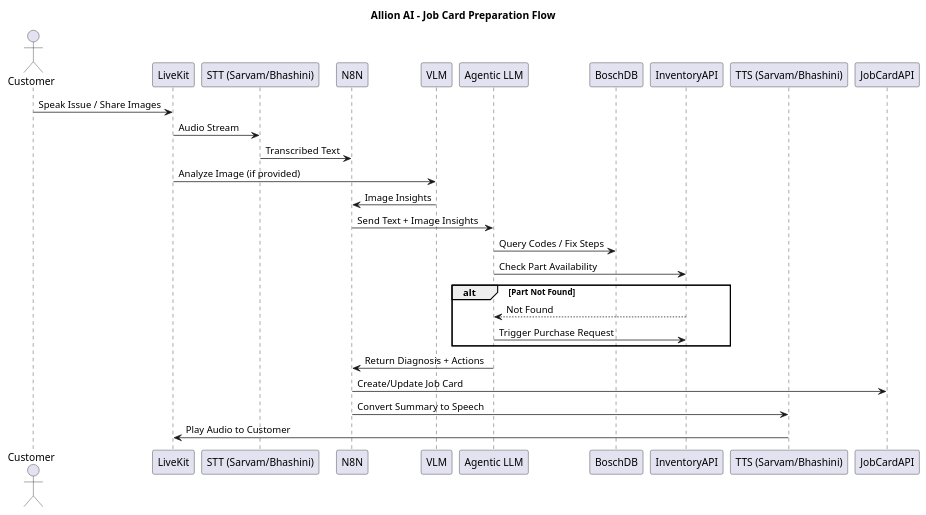
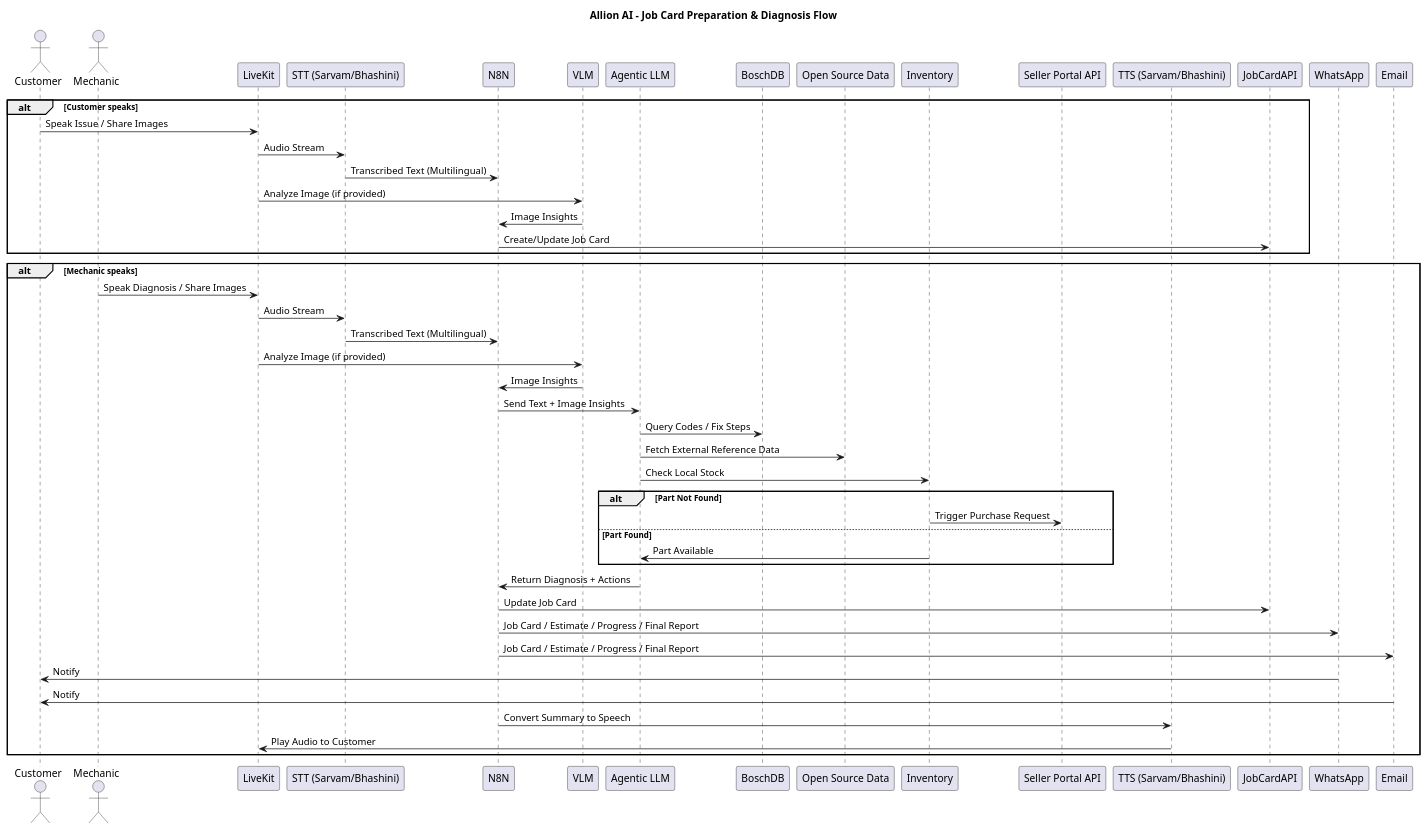
The diagram in docs/uml/sequence.puml (shrey-shan/AllionAI), drawn with PlantUML before and after one commit.

Commit message:
updated the sequence diagram

```diff
--- a/docs/uml/sequence.puml
+++ b/docs/uml/sequence.puml
@@ -1,31 +1,58 @@
 @startuml
-title Allion AI - Job Card Preparation Flow
+title Allion AI - Job Card Preparation & Diagnosis Flow
 
 actor Customer
+actor Mechanic
 participant LiveKit
 participant STT as "STT (Sarvam/Bhashini)"
 participant N8N
 participant VLM
 participant LLM as "Agentic LLM"
 participant BoschDB
-participant InventoryAPI
+participant OSData as "Open Source Data"
+participant Inventory
+participant InventoryAPI as "Seller Portal API"
 participant TTS as "TTS (Sarvam/Bhashini)"
 participant JobCardAPI
+participant WhatsApp
+participant Email
 
-Customer -> LiveKit : Speak Issue / Share Images
-LiveKit -> STT : Audio Stream
-STT -> N8N : Transcribed Text
-LiveKit -> VLM : Analyze Image (if provided)
-VLM -> N8N : Image Insights
-N8N -> LLM : Send Text + Image Insights
-LLM -> BoschDB : Query Codes / Fix Steps
-LLM -> InventoryAPI : Check Part Availability
-alt Part Not Found
-    InventoryAPI --> LLM : Not Found
-    LLM -> InventoryAPI : Trigger Purchase Request
+alt Customer speaks
+    Customer -> LiveKit : Speak Issue / Share Images
+    LiveKit -> STT : Audio Stream
+    STT -> N8N : Transcribed Text (Multilingual)
+    LiveKit -> VLM : Analyze Image (if provided)
+    VLM -> N8N : Image Insights
+    N8N -> JobCardAPI : Create/Update Job Card
 end
-LLM -> N8N : Return Diagnosis + Actions
-N8N -> JobCardAPI : Create/Update Job Card
-N8N -> TTS : Convert Summary to Speech
-TTS -> LiveKit : Play Audio to Customer
+
+alt Mechanic speaks
+    Mechanic -> LiveKit : Speak Diagnosis / Share Images
+    LiveKit -> STT : Audio Stream
+    STT -> N8N : Transcribed Text (Multilingual)
+    LiveKit -> VLM : Analyze Image (if provided)
+    VLM -> N8N : Image Insights
+    N8N -> LLM : Send Text + Image Insights
+    LLM -> BoschDB : Query Codes / Fix Steps
+    LLM -> OSData : Fetch External Reference Data
+    LLM -> Inventory : Check Local Stock
+    alt Part Not Found
+        Inventory -> InventoryAPI : Trigger Purchase Request
+    else Part Found
+        Inventory -> LLM : Part Available
+    end
+    LLM -> N8N : Return Diagnosis + Actions
+    N8N -> JobCardAPI : Update Job Card
+
+    ' Notifications
+    N8N -> WhatsApp : Job Card / Estimate / Progress / Final Report
+    N8N -> Email : Job Card / Estimate / Progress / Final Report
+    WhatsApp -> Customer : Notify
+    Email -> Customer : Notify
+
+    ' Voice Feedback
+    N8N -> TTS : Convert Summary to Speech
+    TTS -> LiveKit : Play Audio to Customer
+end
+
 @enduml
```
